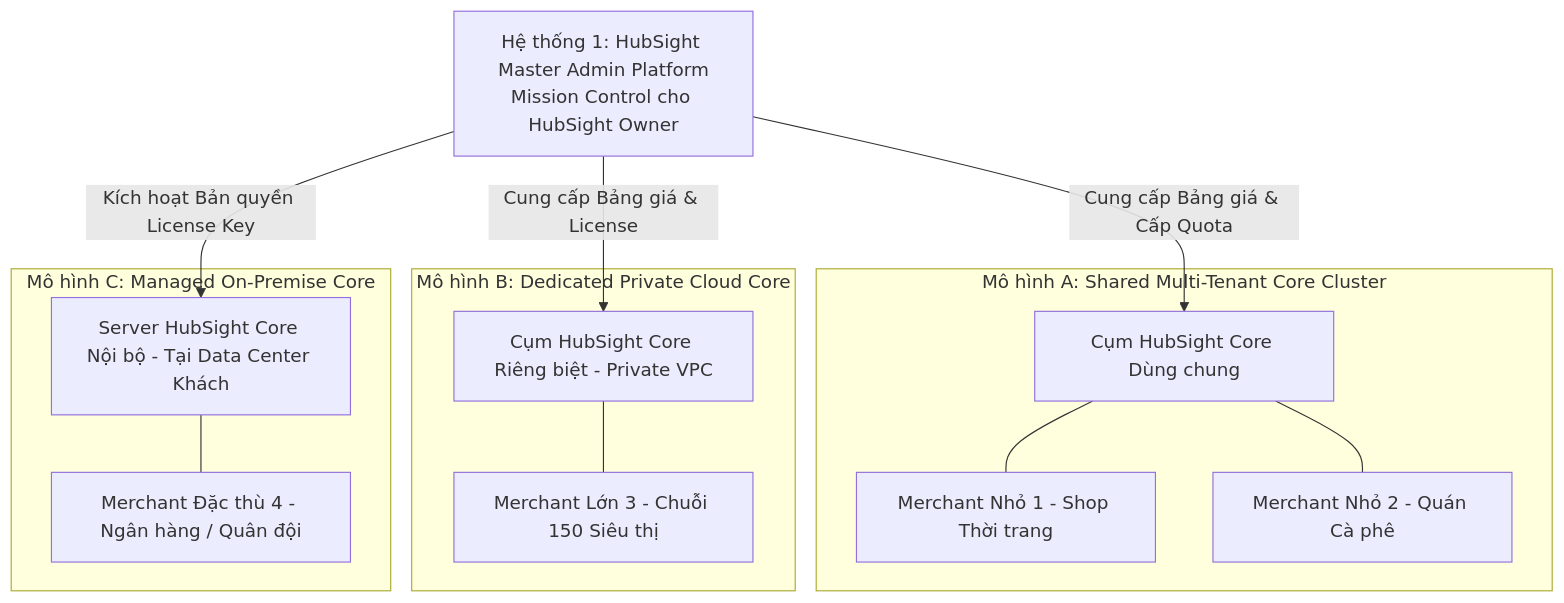
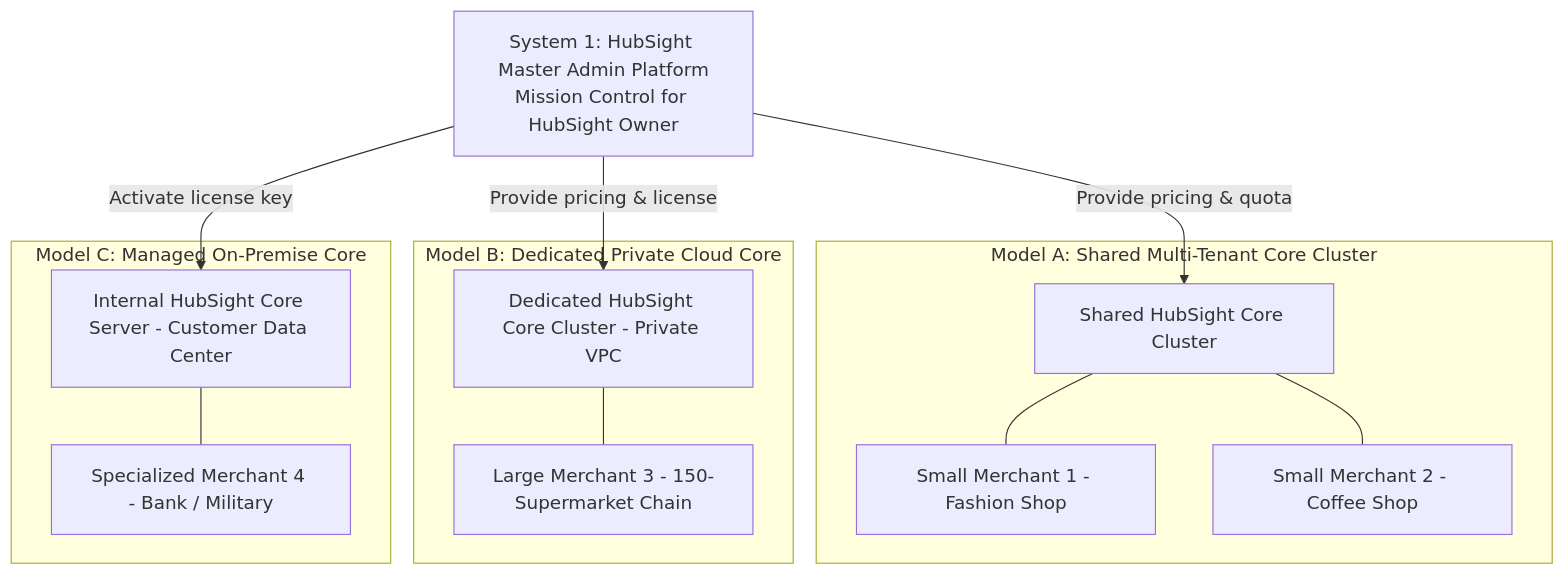
Before and after one commit to HubSight/hubsight: the second of 2 diagrams in docs/SAAS_ARCHITECTURE_SYSTEM_DESIGN.md, drawn with Mermaid. The commit also changed other lines of this file and 11 other files, not shown here.

````diff
--- a/docs/SAAS_ARCHITECTURE_SYSTEM_DESIGN.md
+++ b/docs/SAAS_ARCHITECTURE_SYSTEM_DESIGN.md
@@ -138,28 +138,28 @@
 ```mermaid
 graph TD
-    Master[Hệ thống 1: HubSight Master Admin Platform<br/>Mission Control cho HubSight Owner]
+    Master[System 1: HubSight Master Admin Platform<br/>Mission Control for HubSight Owner]
     
-    subgraph ModelA ["Mô hình A: Shared Multi-Tenant Core Cluster"]
-        CoreCluster[Cụm HubSight Core Dùng chung]
-        M1[Merchant Nhỏ 1 - Shop Thời trang]
-        M2[Merchant Nhỏ 2 - Quán Cà phê]
+    subgraph ModelA ["Model A: Shared Multi-Tenant Core Cluster"]
+        CoreCluster[Shared HubSight Core Cluster]
+        M1[Small Merchant 1 - Fashion Shop]
+        M2[Small Merchant 2 - Coffee Shop]
         CoreCluster --- M1
         CoreCluster --- M2
     end
 
-    subgraph ModelB ["Mô hình B: Dedicated Private Cloud Core"]
-        DedicatedCore[Cụm HubSight Core Riêng biệt - Private VPC]
-        M3[Merchant Lớn 3 - Chuỗi 150 Siêu thị]
+    subgraph ModelB ["Model B: Dedicated Private Cloud Core"]
+        DedicatedCore[Dedicated HubSight Core Cluster - Private VPC]
+        M3[Large Merchant 3 - 150-Supermarket Chain]
         DedicatedCore --- M3
     end
 
-    subgraph ModelC ["Mô hình C: Managed On-Premise Core"]
-        OnPremCore[Server HubSight Core Nội bộ - Tại Data Center Khách]
-        M4[Merchant Đặc thù 4 - Ngân hàng / Quân đội]
+    subgraph ModelC ["Model C: Managed On-Premise Core"]
+        OnPremCore[Internal HubSight Core Server - Customer Data Center]
+        M4[Specialized Merchant 4 - Bank / Military]
         OnPremCore --- M4
     end
 
-    Master -->|Cung cấp Bảng giá & Cấp Quota| CoreCluster
-    Master -->|Cung cấp Bảng giá & License| DedicatedCore
-    Master -->|Kích hoạt Bản quyền License Key| OnPremCore
+    Master -->|Provide pricing & quota| CoreCluster
+    Master -->|Provide pricing & license| DedicatedCore
+    Master -->|Activate license key| OnPremCore
 ```
````
